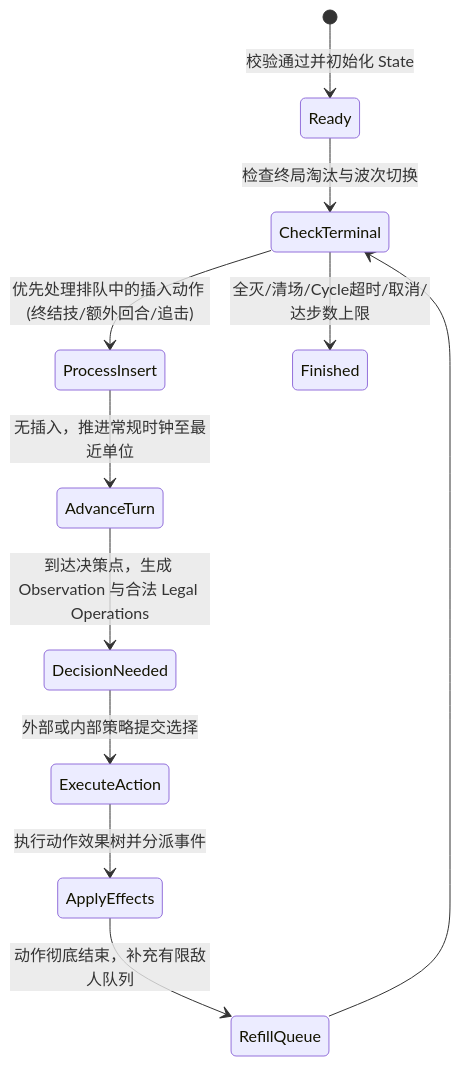
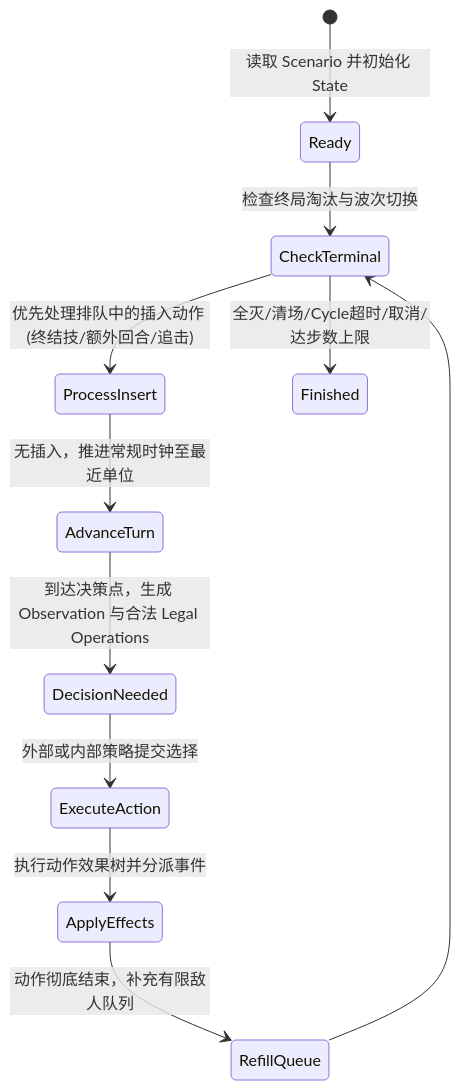
Before and after one commit to Sakura-Ex/Hyacimicon: the second of 3 diagrams in docs/modules/battle-simulation/design.md, drawn with Mermaid. The commit also changed other lines of this file and 5 other files, not shown here.

````diff
--- a/docs/modules/battle-simulation/design.md
+++ b/docs/modules/battle-simulation/design.md
@@ -84,13 +84,13 @@
 ```mermaid
 stateDiagram-v2
-    [*] --> Ready: 校验通过并初始化 State
+    [*] --> Ready: 读取 Scenario 并初始化 State
     Ready --> CheckTerminal: 检查终局淘汰与波次切换
     CheckTerminal --> ProcessInsert: 优先处理排队中的插入动作 (终结技/额外回合/追击)
     ProcessInsert --> AdvanceTurn: 无插入，推进常规时钟至最近单位
     AdvanceTurn --> DecisionNeeded: 到达决策点，生成 Observation 与合法 Legal Operations
     DecisionNeeded --> ExecuteAction: 外部或内部策略提交选择
     ExecuteAction --> ApplyEffects: 执行动作效果树并分派事件
     ApplyEffects --> RefillQueue: 动作彻底结束，补充有限敌人队列
     RefillQueue --> CheckTerminal
     CheckTerminal --> Finished: 全灭/清场/Cycle超时/取消/达步数上限
 ```
````
